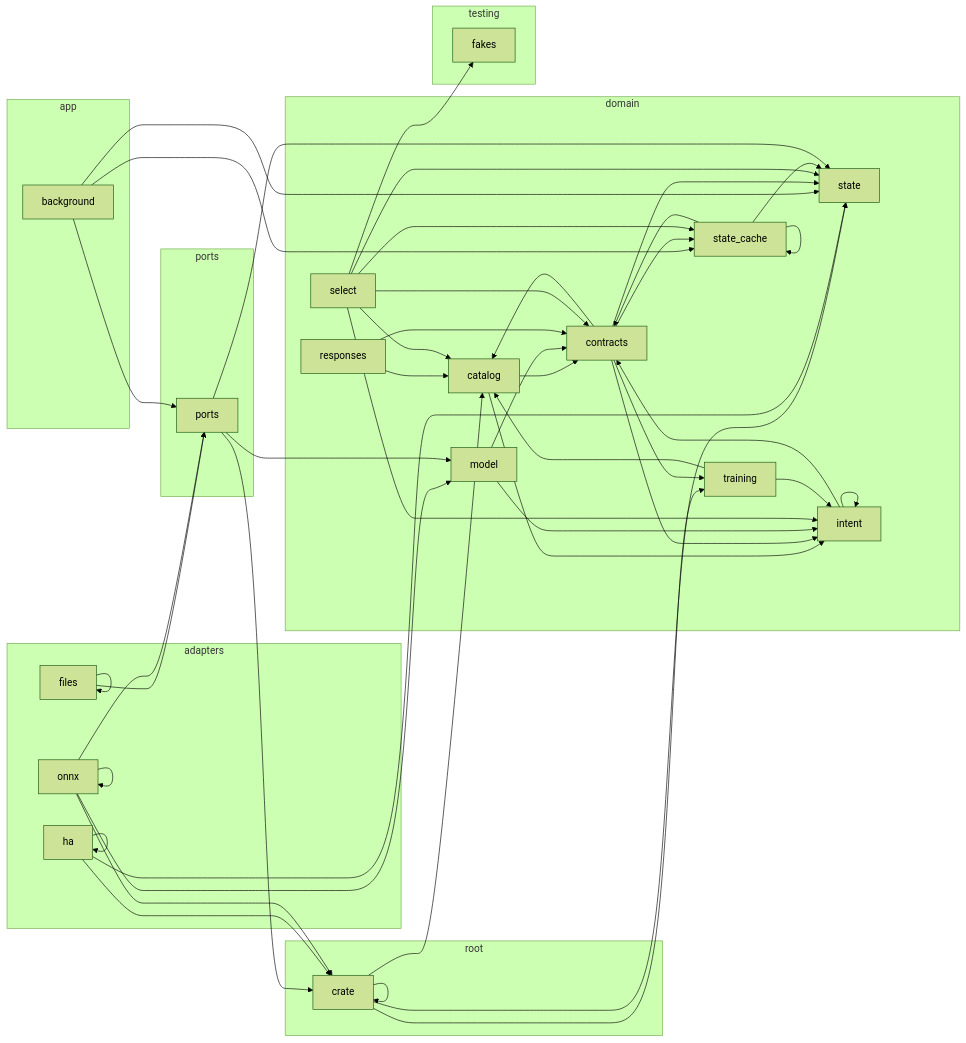
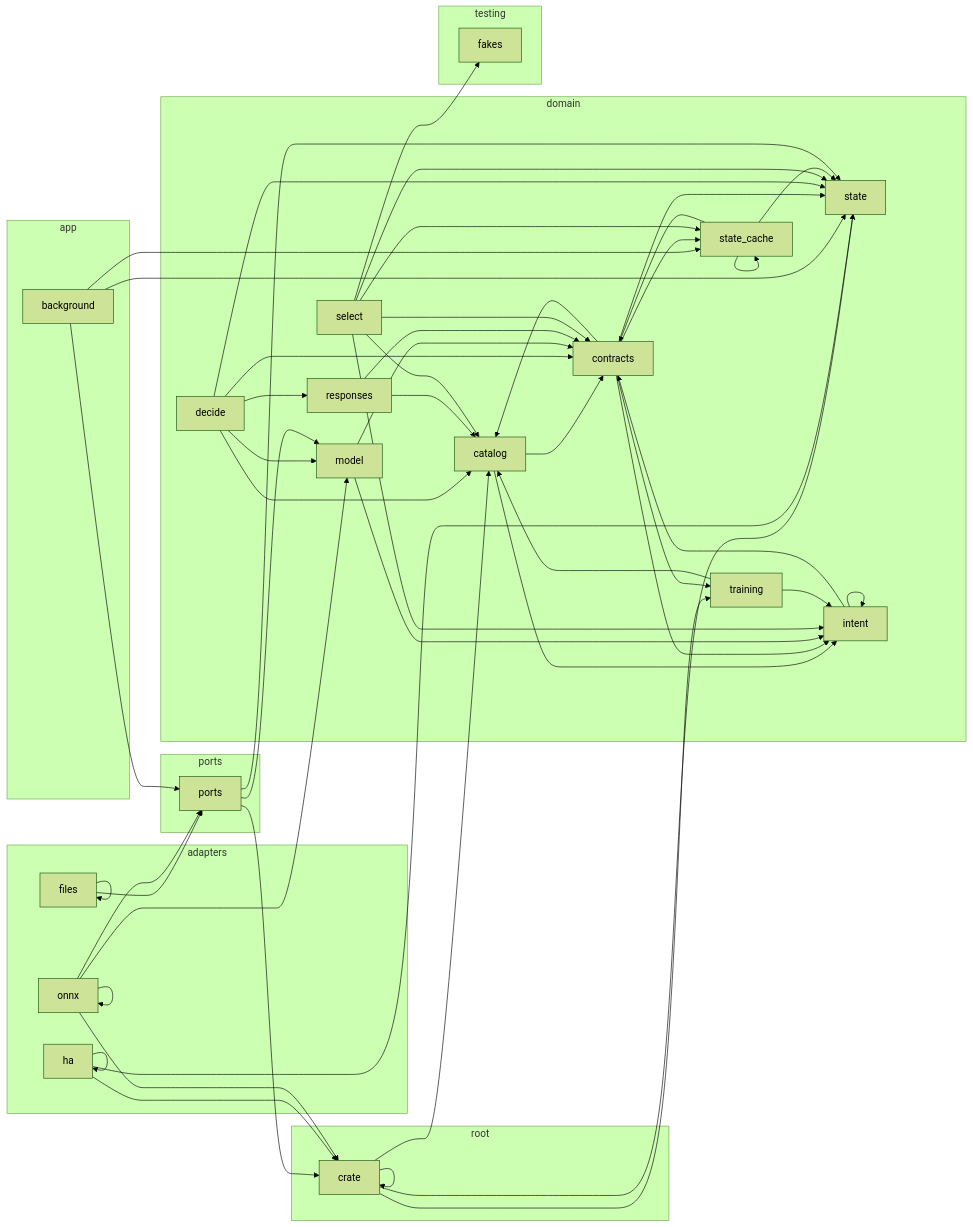
The diagram in docs/architecture.md (louislang/ha-jarvis), drawn with Mermaid (forest theme) before and after one commit. The commit also changed 4 other files, not shown here.

````diff
--- a/docs/architecture.md
+++ b/docs/architecture.md
@@ -5,74 +5,80 @@
 ```mermaid
 flowchart LR
     subgraph adapters
         crate_adapters_files[files]
         crate_adapters_ha[ha]
         crate_adapters_onnx[onnx]
     end
     subgraph app
         crate_app_background[background]
     end
     subgraph domain
         crate_domain_catalog[catalog]
         crate_domain_contracts[contracts]
+        crate_domain_decide[decide]
         crate_domain_intent[intent]
         crate_domain_model[model]
         crate_domain_responses[responses]
         crate_domain_select[select]
         crate_domain_state[state]
         crate_domain_state_cache[state_cache]
         crate_domain_training[training]
     end
     subgraph ports
         crate_ports[ports]
     end
     subgraph root
         crate[crate]
     end
     subgraph testing
         crate_testing_fakes[fakes]
     end
     crate --> crate
     crate --> crate_domain_catalog
     crate --> crate_domain_state
     crate --> crate_domain_training
     crate_adapters_files --> crate_adapters_files
     crate_adapters_files --> crate_ports
     crate_adapters_ha --> crate
     crate_adapters_ha --> crate_adapters_ha
     crate_adapters_ha --> crate_domain_state
     crate_adapters_onnx --> crate
     crate_adapters_onnx --> crate_adapters_onnx
     crate_adapters_onnx --> crate_domain_model
     crate_adapters_onnx --> crate_ports
     crate_app_background --> crate_domain_state
     crate_app_background --> crate_domain_state_cache
     crate_app_background --> crate_ports
     crate_domain_catalog --> crate_domain_contracts
     crate_domain_catalog --> crate_domain_intent
     crate_domain_contracts --> crate_domain_catalog
     crate_domain_contracts --> crate_domain_intent
     crate_domain_contracts --> crate_domain_state
     crate_domain_contracts --> crate_domain_state_cache
     crate_domain_contracts --> crate_domain_training
+    crate_domain_decide --> crate_domain_catalog
+    crate_domain_decide --> crate_domain_contracts
+    crate_domain_decide --> crate_domain_model
+    crate_domain_decide --> crate_domain_responses
+    crate_domain_decide --> crate_domain_state
     crate_domain_intent --> crate_domain_contracts
     crate_domain_intent --> crate_domain_intent
     crate_domain_model --> crate_domain_contracts
     crate_domain_model --> crate_domain_intent
     crate_domain_responses --> crate_domain_catalog
     crate_domain_responses --> crate_domain_contracts
     crate_domain_select --> crate_domain_catalog
     crate_domain_select --> crate_domain_contracts
     crate_domain_select --> crate_domain_intent
     crate_domain_select --> crate_domain_state
     crate_domain_select --> crate_domain_state_cache
     crate_domain_select --> crate_testing_fakes
     crate_domain_state_cache --> crate_domain_contracts
     crate_domain_state_cache --> crate_domain_state
     crate_domain_state_cache --> crate_domain_state_cache
     crate_domain_training --> crate_domain_catalog
     crate_domain_training --> crate_domain_intent
     crate_ports --> crate
     crate_ports --> crate_domain_model
     crate_ports --> crate_domain_state
 ```
````
